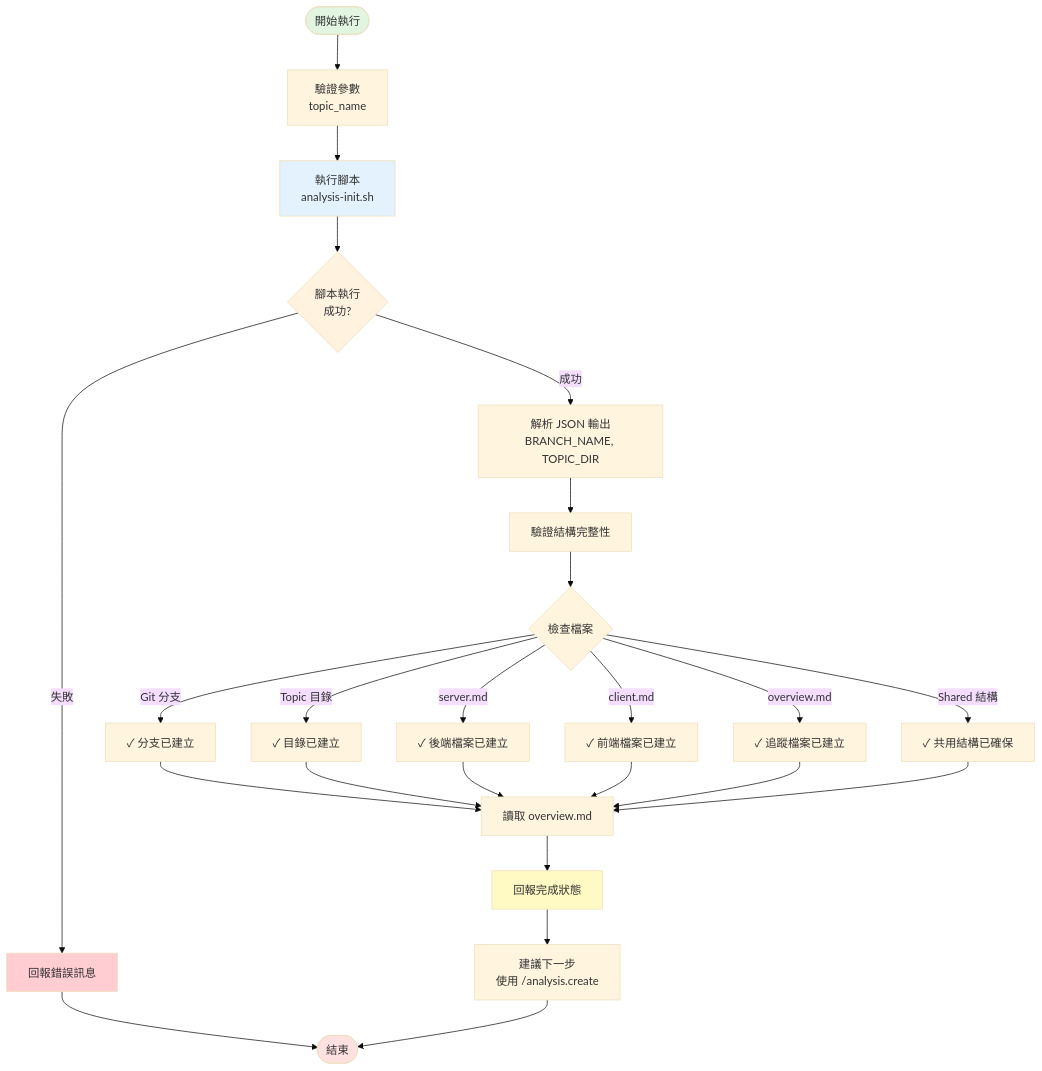
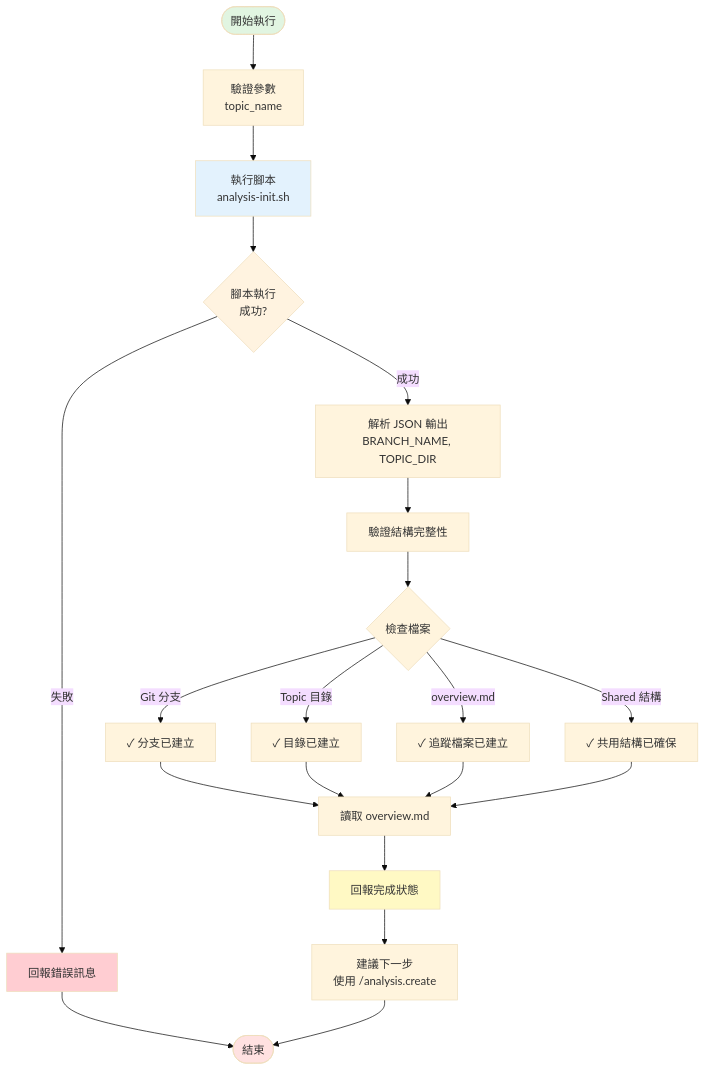
The diagram in .cursor/commands/analysis.init.md (SusanHuang91APP/analysis-tool-kit), drawn with Mermaid (base theme) before and after one commit. The commit also changed other lines of this file and 1 other file, not shown here.

````diff
--- a/.cursor/commands/analysis.init.md
+++ b/.cursor/commands/analysis.init.md
@@ -22,39 +22,35 @@
 ```mermaid
 flowchart TD
     Start([開始執行]) --> ValidateArgs[驗證參數<br/>topic_name]
     ValidateArgs --> RunScript[執行腳本<br/>analysis-init.sh]
     
     RunScript --> CheckResult{腳本執行<br/>成功?}
     CheckResult -->|失敗| Error[回報錯誤訊息]
     CheckResult -->|成功| ParseOutput[解析 JSON 輸出<br/>BRANCH_NAME, TOPIC_DIR]
     
     ParseOutput --> VerifyStructure[驗證結構完整性]
     
     VerifyStructure --> CheckFiles{檢查檔案}
     CheckFiles --> |Git 分支| BranchOK[✓ 分支已建立]
     CheckFiles --> |Topic 目錄| DirOK[✓ 目錄已建立]
-    CheckFiles --> |server.md| ServerOK[✓ 後端檔案已建立]
-    CheckFiles --> |client.md| ClientOK[✓ 前端檔案已建立]
     CheckFiles --> |overview.md| OverviewOK[✓ 追蹤檔案已建立]
     CheckFiles --> |Shared 結構| SharedOK[✓ 共用結構已確保]
     
     BranchOK --> ReadOverview[讀取 overview.md]
     DirOK --> ReadOverview
-    ServerOK --> ReadOverview
-    ClientOK --> ReadOverview
     OverviewOK --> ReadOverview
     SharedOK --> ReadOverview
     
     ReadOverview --> Report[回報完成狀態]
     Report --> Suggest[建議下一步<br/>使用 /analysis.create]
     
     Error --> End([結束])
     Suggest --> End
     
     style Start fill:#e1f5e1
     style End fill:#ffe1e1
     style RunScript fill:#e3f2fd
     style Report fill:#fff9c4
     style CheckResult fill:#fff3e0
     style Error fill:#ffcdd2
 ```
````
